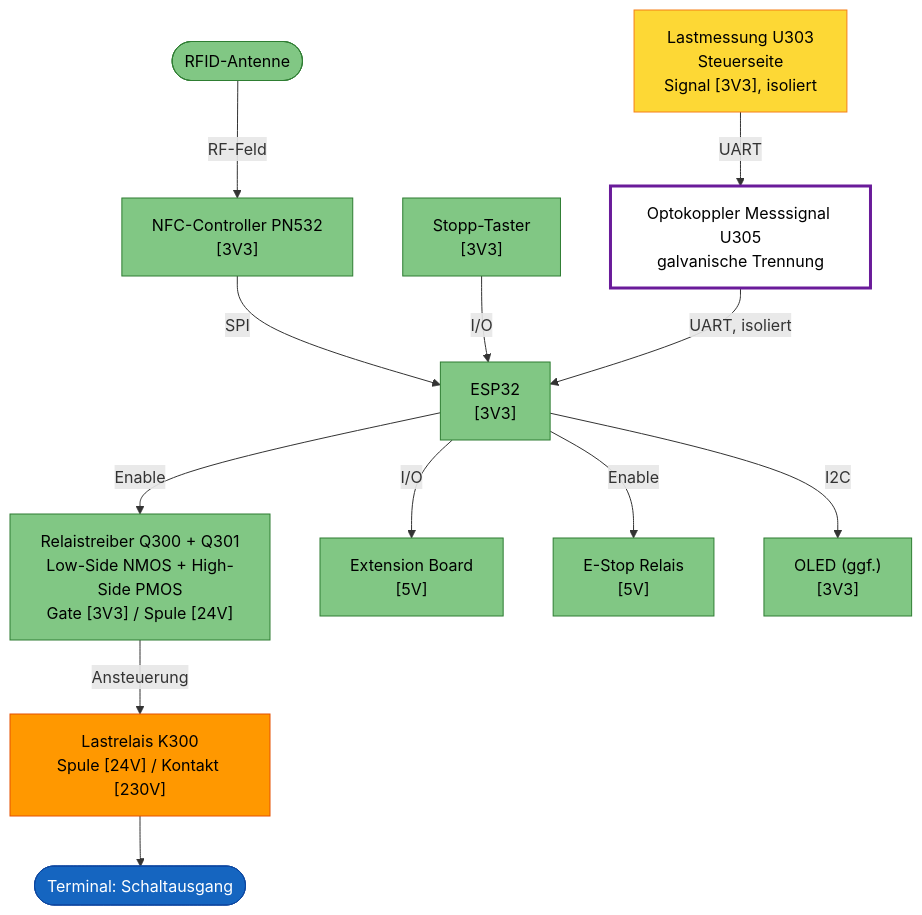
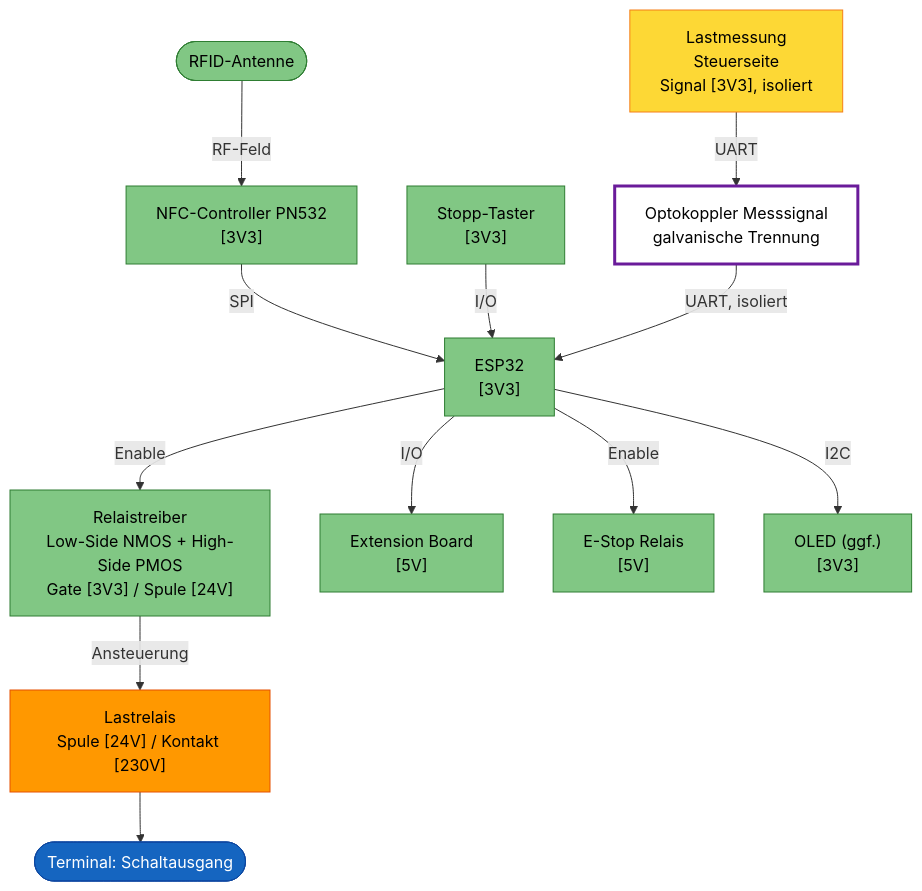
One commit to FREILab/easyVerwaltungHardware changed the third of 3 diagrams in hardware/projects/RFID_BOX/README.md. Above: the diagram before and after it, drawn with Mermaid. The commit also changed other lines of this file and 4 other files, not shown here.

````diff
--- a/hardware/projects/RFID_BOX/README.md
+++ b/hardware/projects/RFID_BOX/README.md
@@ -345,44 +366,44 @@
 ```mermaid
 flowchart TB
     Antenne([RFID-Antenne])
     NFC["NFC-Controller PN532<br/>[3V3]"]
     ESP["ESP32<br/>[3V3]"]
     STOP["Stopp-Taster<br/>[3V3]"]
-    TREIBER["Relaistreiber Q300 + Q301<br/>Low-Side NMOS + High-Side PMOS<br/>Gate [3V3] / Spule [24V]"]
-    REL["Lastrelais K300<br/>Spule [24V] / Kontakt [230V]"]
+    TREIBER["Relaistreiber<br/>Low-Side NMOS + High-Side PMOS<br/>Gate [3V3] / Spule [24V]"]
+    REL["Lastrelais<br/>Spule [24V] / Kontakt [230V]"]
     OUT([Terminal: Schaltausgang])
 
-    MESS["Lastmessung U303<br/>Steuerseite<br/>Signal [3V3], isoliert"]
-    OPTO_FB["Optokoppler Messsignal U305<br/>galvanische Trennung"]
+    MESS["Lastmessung<br/>Steuerseite<br/>Signal [3V3], isoliert"]
+    OPTO_FB["Optokoppler Messsignal<br/>galvanische Trennung"]
 
     EXT["Extension Board<br/>[5V]"]
     ESTOP["E-Stop Relais<br/>[5V]"]
     OLED["OLED (ggf.)<br/>[3V3]"]
 
     Antenne -->|RF-Feld| NFC
     NFC -->|SPI| ESP
     ESP -->|Enable| TREIBER
     TREIBER -->|Ansteuerung| REL
     REL --> OUT
 
     STOP -->|I/O| ESP
 
     MESS -->|UART| OPTO_FB
     OPTO_FB -->|UART, isoliert| ESP
 
     ESP -->|I/O| EXT
     ESP -->|Enable| ESTOP
     ESP -->|I2C| OLED
 
     classDef term230 fill:#1565c0,color:#fff,stroke:#0d47a1
     classDef part230 fill:#ff9800,color:#000,stroke:#e65100
     classDef partSELV fill:#81c784,color:#000,stroke:#2e7d32
     classDef iso fill:#fff,color:#000,stroke:#6a1b9a,stroke-width:3px
     classDef touch230 fill:#fdd835,color:#000,stroke:#f57f17
 
     class OUT term230
     class REL part230
     class Antenne,NFC,ESP,STOP,EXT,ESTOP,OLED,TREIBER partSELV
     class MESS touch230
     class OPTO_FB iso
 ```
````
